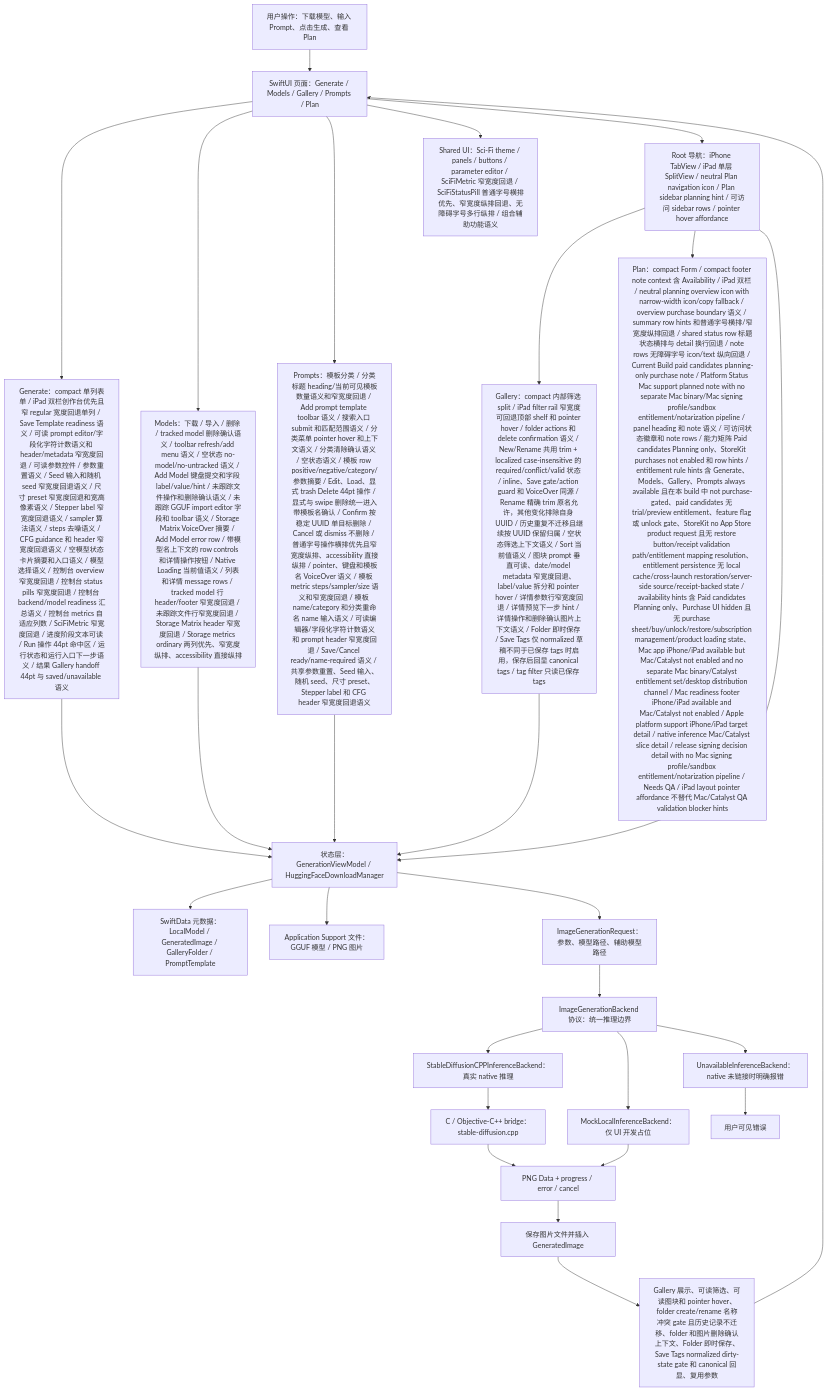
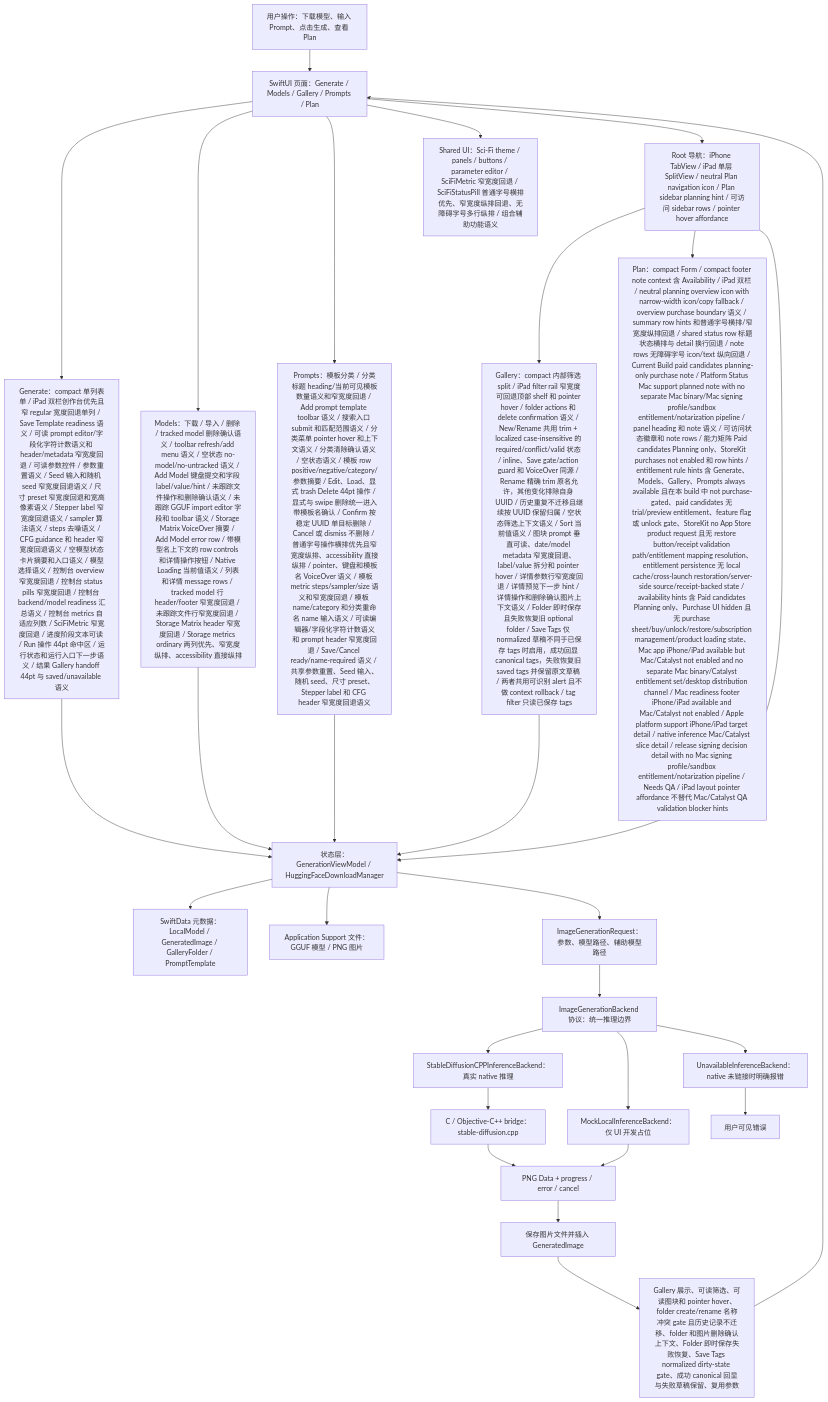
The first of 7 diagrams in md/flow/flowchart.md (Altman-sam114/118), drawn with Mermaid before and after one commit. The commit also changed 5 other files, not shown here.

First line of the commit message:
v1.156: Restore Gallery detail save failures

````diff
--- a/md/flow/flowchart.md
+++ b/md/flow/flowchart.md
@@ -9,30 +9,30 @@
 ```mermaid
 flowchart TD
   U["用户操作：下载模型、输入 Prompt、点击生成、查看 Plan"] --> UI["SwiftUI 页面：Generate / Models / Gallery / Prompts / Plan"]
   UI --> GENUI["Generate：compact 单列表单 / iPad 双栏创作台优先且窄 regular 宽度回退单列 / Save Template readiness 语义 / 可读 prompt editor/字段化字符计数语义和 header/metadata 窄宽度回退 / 可读参数控件 / 参数重置语义 / Seed 输入和随机 seed 窄宽度回退语义 / 尺寸 preset 窄宽度回退和宽高像素语义 / Stepper label 窄宽度回退语义 / sampler 算法语义 / steps 去噪语义 / CFG guidance 和 header 窄宽度回退语义 / 空模型状态卡片摘要和入口语义 / 模型选择语义 / 控制台 overview 窄宽度回退 / 控制台 status pills 窄宽度回退 / 控制台 backend/model readiness 汇总语义 / 控制台 metrics 自适应列数 / SciFiMetric 窄宽度回退 / 进度阶段文本可读 / Run 操作 44pt 命中区 / 运行状态和运行入口下一步语义 / 结果 Gallery handoff 44pt 与 saved/unavailable 语义"]
   UI --> MODELUI["Models：下载 / 导入 / 删除 / tracked model 删除确认语义 / toolbar refresh/add menu 语义 / 空状态 no-model/no-untracked 语义 / Add Model 键盘提交和字段 label/value/hint / 未跟踪文件操作和删除确认语义 / 未跟踪 GGUF import editor 字段和 toolbar 语义 / Storage Matrix VoiceOver 摘要 / Add Model error row / 带模型名上下文的 row controls 和详情操作按钮 / Native Loading 当前值语义 / 列表和详情 message rows / tracked model 行 header/footer 窄宽度回退 / 未跟踪文件行窄宽度回退 / Storage Matrix header 窄宽度回退 / Storage metrics ordinary 两列优先、窄宽度纵排、accessibility 直接纵排"]
   UI --> PROMPTUI["Prompts：模板分类 / 分类标题 heading/当前可见模板数量语义和窄宽度回退 / Add prompt template toolbar 语义 / 搜索入口 submit 和匹配范围语义 / 分类菜单 pointer hover 和上下文语义 / 分类清除确认语义 / 空状态语义 / 模板 row positive/negative/category/参数摘要 / Edit、Load、显式 trash Delete 44pt 操作 / 显式与 swipe 删除统一进入带模板名确认 / Confirm 按稳定 UUID 单目标删除 / Cancel 或 dismiss 不删除 / 普通字号操作横排优先且窄宽度纵排、accessibility 直接纵排 / pointer、键盘和模板名 VoiceOver 语义 / 模板 metric steps/sampler/size 语义和窄宽度回退 / 模板 name/category 和分类重命名 name 输入语义 / 可读编辑器/字段化字符计数语义和 prompt header 窄宽度回退 / Save/Cancel ready/name-required 语义 / 共享参数重置、Seed 输入、随机 seed、尺寸 preset、Stepper label 和 CFG header 窄宽度回退语义"]
   UI --> SHAREDUI["Shared UI：Sci-Fi theme / panels / buttons / parameter editor / SciFiMetric 窄宽度回退 / SciFiStatusPill 普通字号横排优先、窄宽度纵排回退、无障碍字号多行纵排 / 组合辅助功能语义"]
   UI --> NAV["Root 导航：iPhone TabView / iPad 单层 SplitView / neutral Plan navigation icon / Plan sidebar planning hint / 可访问 sidebar rows / pointer hover affordance"]
-  NAV --> GALUI["Gallery：compact 内部筛选 split / iPad filter rail 窄宽度可回退顶部 shelf 和 pointer hover / folder actions 和 delete confirmation 语义 / New/Rename 共用 trim + localized case-insensitive 的 required/conflict/valid 状态 / inline、Save gate/action guard 和 VoiceOver 同源 / Rename 精确 trim 原名允许，其他变化排除自身 UUID / 历史重复不迁移且继续按 UUID 保留归属 / 空状态筛选上下文语义 / Sort 当前值语义 / 图块 prompt 垂直可读、date/model metadata 窄宽度回退、label/value 拆分和 pointer hover / 详情参数行窄宽度回退 / 详情预览下一步 hint / 详情操作和删除确认图片上下文语义 / Folder 即时保存 / Save Tags 仅 normalized 草稿不同于已保存 tags 时启用，保存后回显 canonical tags / tag filter 只读已保存 tags"]
+  NAV --> GALUI["Gallery：compact 内部筛选 split / iPad filter rail 窄宽度可回退顶部 shelf 和 pointer hover / folder actions 和 delete confirmation 语义 / New/Rename 共用 trim + localized case-insensitive 的 required/conflict/valid 状态 / inline、Save gate/action guard 和 VoiceOver 同源 / Rename 精确 trim 原名允许，其他变化排除自身 UUID / 历史重复不迁移且继续按 UUID 保留归属 / 空状态筛选上下文语义 / Sort 当前值语义 / 图块 prompt 垂直可读、date/model metadata 窄宽度回退、label/value 拆分和 pointer hover / 详情参数行窄宽度回退 / 详情预览下一步 hint / 详情操作和删除确认图片上下文语义 / Folder 即时保存且失败恢复旧 optional folder / Save Tags 仅 normalized 草稿不同于已保存 tags 时启用，成功回显 canonical tags，失败恢复旧 saved tags 并保留原文草稿 / 两者共用可识别 alert 且不做 context rollback / tag filter 只读已保存 tags"]
   NAV --> PLANUI["Plan：compact Form / compact footer note context 含 Availability / iPad 双栏 / neutral planning overview icon with narrow-width icon/copy fallback / overview purchase boundary 语义 / summary row hints 和普通字号横排/窄宽度纵排回退 / shared status row 标题状态横排与 detail 换行回退 / note rows 无障碍字号 icon/text 纵向回退 / Current Build paid candidates planning-only purchase note / Platform Status Mac support planned note with no separate Mac binary/Mac signing profile/sandbox entitlement/notarization pipeline / panel heading 和 note 语义 / 可访问状态徽章和 note rows / 能力矩阵 Paid candidates Planning only、StoreKit purchases not enabled 和 row hints / entitlement rule hints 含 Generate、Models、Gallery、Prompts always available 且在本 build 中 not purchase-gated、paid candidates 无 trial/preview entitlement、feature flag 或 unlock gate、StoreKit no App Store product request 且无 restore button/receipt validation path/entitlement mapping resolution、entitlement persistence 无 local cache/cross-launch restoration/server-side source/receipt-backed state / availability hints 含 Paid candidates Planning only、Purchase UI hidden 且无 purchase sheet/buy/unlock/restore/subscription management/product loading state、Mac app iPhone/iPad available but Mac/Catalyst not enabled and no separate Mac binary/Catalyst entitlement set/desktop distribution channel / Mac readiness footer iPhone/iPad available and Mac/Catalyst not enabled / Apple platform support iPhone/iPad target detail / native inference Mac/Catalyst slice detail / release signing decision detail with no Mac signing profile/sandbox entitlement/notarization pipeline / Needs QA / iPad layout pointer affordance 不替代 Mac/Catalyst QA validation blocker hints"]
   NAV --> VM["状态层：GenerationViewModel / HuggingFaceDownloadManager"]
   GENUI --> VM
   MODELUI --> VM
   PROMPTUI --> VM
   GALUI --> VM
   VM --> SD["SwiftData 元数据：LocalModel / GeneratedImage / GalleryFolder / PromptTemplate"]
   VM --> FS["Application Support 文件：GGUF 模型 / PNG 图片"]
   VM --> REQ["ImageGenerationRequest：参数、模型路径、辅助模型路径"]
   REQ --> IFACE["ImageGenerationBackend 协议：统一推理边界"]
   IFACE --> NATIVE["StableDiffusionCPPInferenceBackend：真实 native 推理"]
   IFACE --> MOCK["MockLocalInferenceBackend：仅 UI 开发占位"]
   IFACE --> OFF["UnavailableInferenceBackend：native 未链接时明确报错"]
   NATIVE --> BRIDGE["C / Objective-C++ bridge：stable-diffusion.cpp"]
   BRIDGE --> PNG["PNG Data + progress / error / cancel"]
   MOCK --> PNG
   OFF --> ERR["用户可见错误"]
   PNG --> SAVE["保存图片文件并插入 GeneratedImage"]
-  SAVE --> GALLERY["Gallery 展示、可读筛选、可读图块和 pointer hover、folder create/rename 名称冲突 gate 且历史记录不迁移、folder 和图片删除确认上下文、Folder 即时保存、Save Tags normalized dirty-state gate 和 canonical 回显、复用参数"]
+  SAVE --> GALLERY["Gallery 展示、可读筛选、可读图块和 pointer hover、folder create/rename 名称冲突 gate 且历史记录不迁移、folder 和图片删除确认上下文、Folder 即时保存失败恢复、Save Tags normalized dirty-state gate、成功 canonical 回显与失败草稿保留、复用参数"]
   GALLERY --> UI
 ```
````
